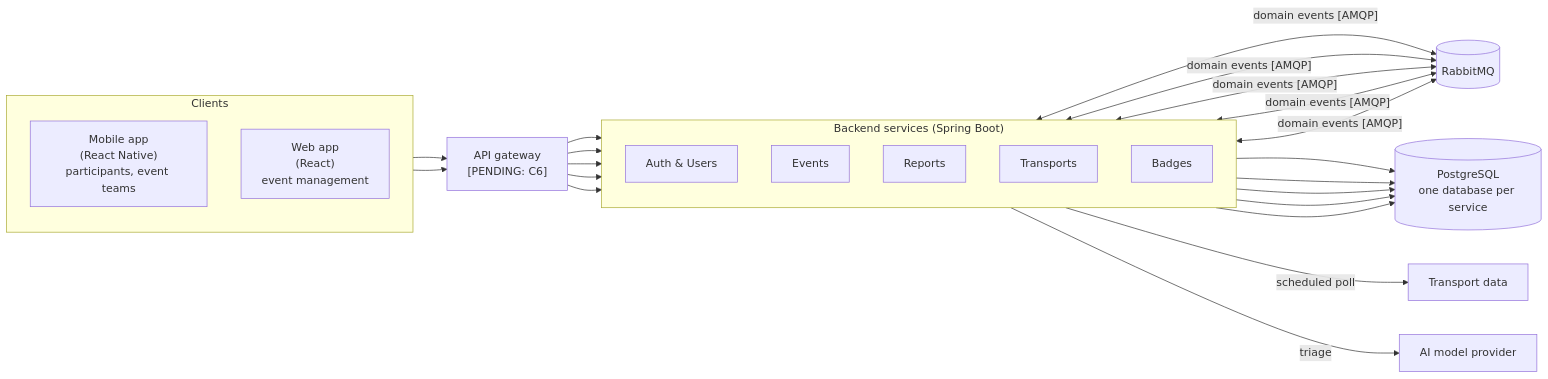
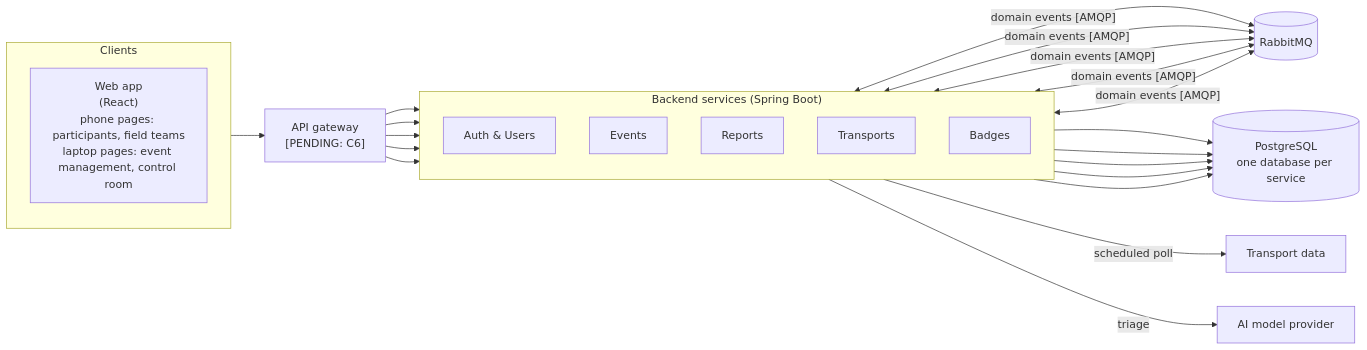
One commit to tomasoliveira21/LABDSOF changed the second of 2 diagrams in Docs/Technical/architecture.md. Above: the diagram before and after it, drawn with Mermaid. The commit also changed other lines of this file and 9 other files, not shown here.

Commit message:
docs (#125): Remove the mobile app from the documentation

````diff
--- a/Docs/Technical/architecture.md
+++ b/Docs/Technical/architecture.md
@@ -53,32 +53,30 @@
 ```mermaid
 flowchart LR
     subgraph Clients
         direction TB
-        MOB["Mobile app<br/>(React Native)<br/>participants, event teams"]
-        WEB["Web app<br/>(React)<br/>event management"]
+        WEB["Web app<br/>(React)<br/>phone pages: participants, field teams<br/>laptop pages: event management, control room"]
     end
 
     GW["API gateway<br/>[PENDING: C6]"]
 
     subgraph Backend["Backend services (Spring Boot)"]
         direction TB
         AU["Auth & Users"]
         EV["Events"]
         RE["Reports"]
         TS["Transports"]
         BA["Badges"]
     end
 
     MQ[("RabbitMQ")]
     DBS[("PostgreSQL<br/>one database per service")]
     TR["Transport data"]
     LLM["AI model provider"]
 
-    MOB --> GW
     WEB --> GW
     GW --> AU & EV & RE & TS & BA
     AU & EV & RE & TS & BA <-- "domain events [AMQP]" --> MQ
     AU & EV & RE & TS & BA --> DBS
     TS -- "scheduled poll" --> TR
     RE -- "triage" --> LLM
 ```
````
